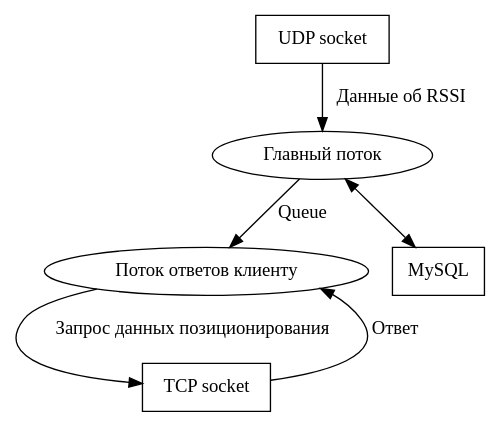
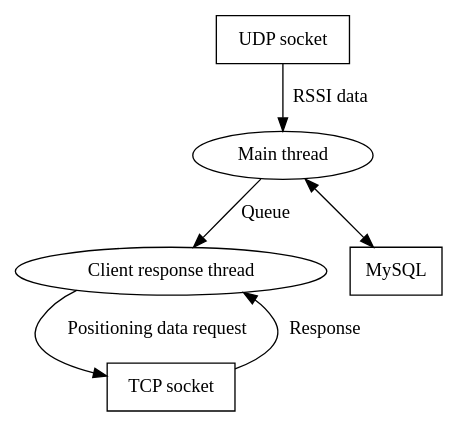
Before and after one commit to kosonya/tatmon: the diagram in diplom-kovalev/images/server-threads.dot, drawn with Graphviz. The commit also changed 173 other files, not shown here.

```diff
--- a/diplom-kovalev/images/server-threads.dot
+++ b/diplom-kovalev/images/server-threads.dot
@@ -1,15 +1,15 @@
 digraph G{
-	main [label = "Главный поток"]
-	tcp [label = "Поток ответов клиенту"]
+	main [label = "Main thread"]
+	tcp [label = "Client response thread"]
 	tcpsocket [label = "TCP socket" shape = "box"]
 	udpsocket [label = "UDP socket" shape = "box"]
 	mysql [label = "MySQL" shape = "box"]
 
 
-	udpsocket -> main [label = "Данные об RSSI"];
+	udpsocket -> main [label = "RSSI data"];
 	main -> mysql [dir = "both"];
 	main -> tcp [label = "Queue"];
-	tcp -> tcpsocket [label = "Запрос данных позиционирования"];
-	tcpsocket -> tcp [label = "Ответ"];
+	tcp -> tcpsocket [label = "Positioning data request"];
+	tcpsocket -> tcp [label = "Response"];
 
 }
```
